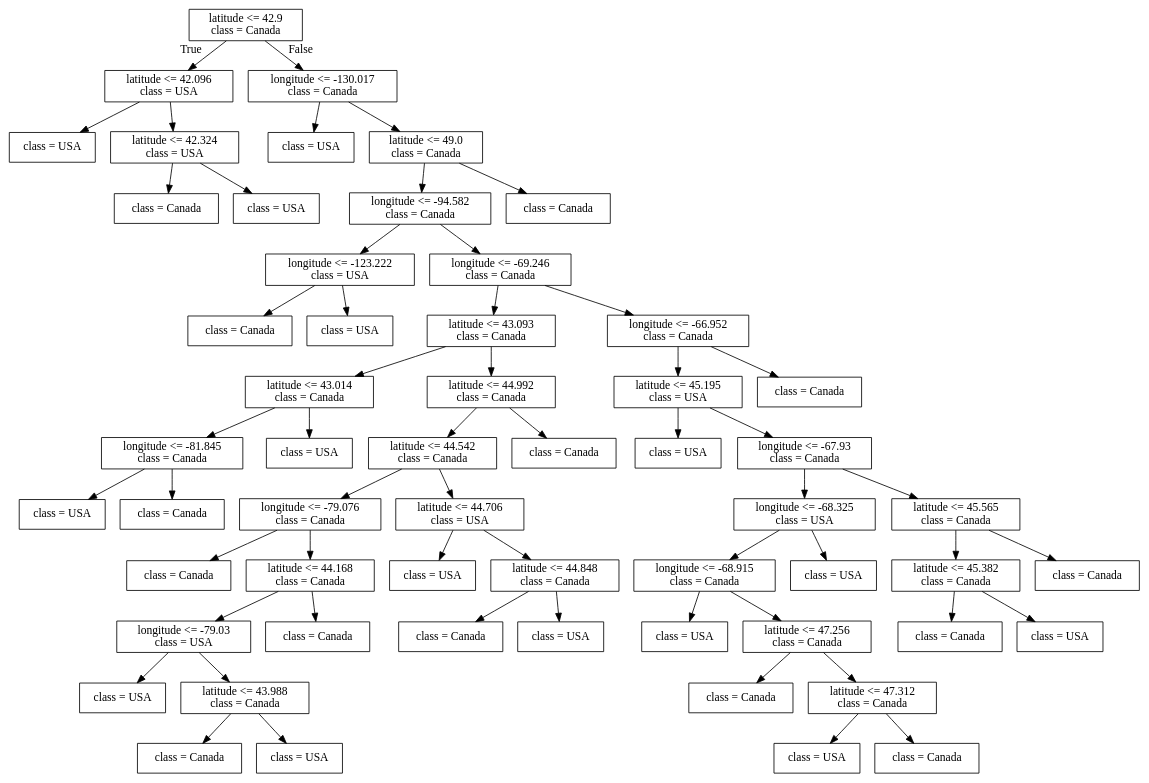
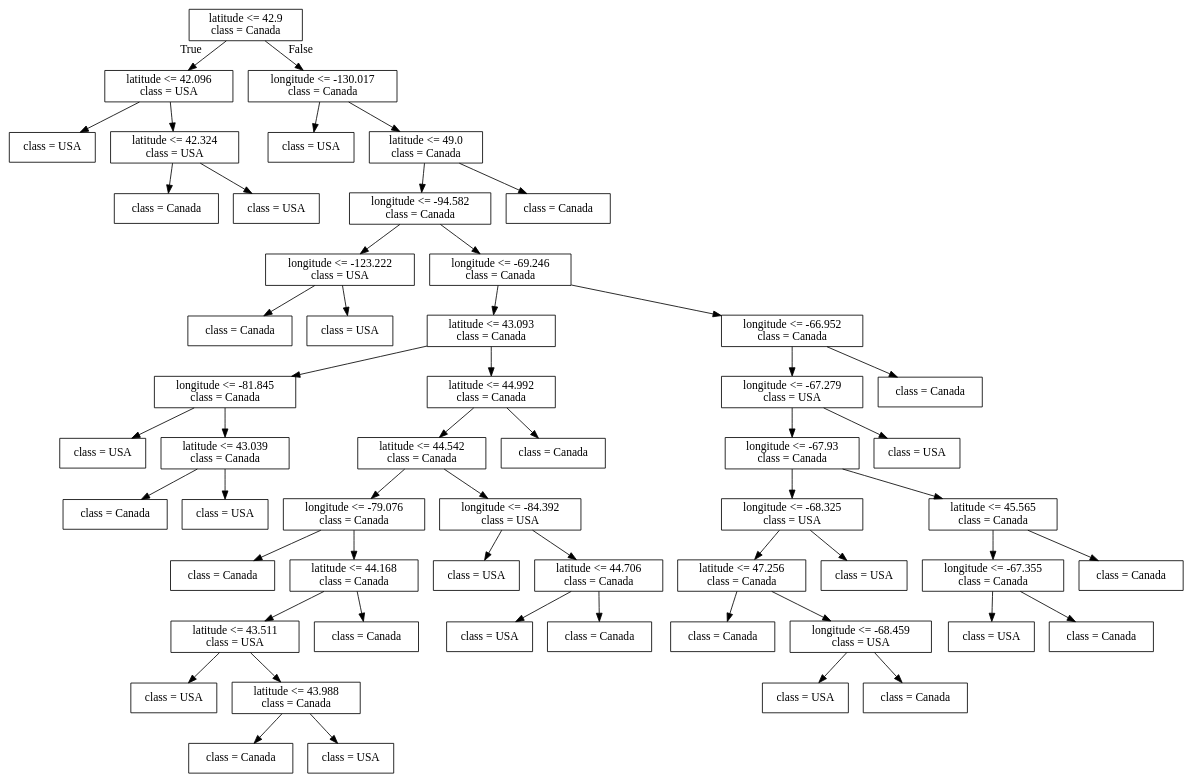
The diagram in lectures/Source.gv (bait509-ubc/BAIT509), drawn with Graphviz before and after one commit. The commit also changed 41 other files, not shown here.

```diff
--- a/lectures/Source.gv
+++ b/lectures/Source.gv
@@ -1,116 +1,112 @@
 digraph Tree {
 node [shape=box] ;
 0 [label="latitude <= 42.9\nclass = Canada"] ;
 1 [label="latitude <= 42.096\nclass = USA"] ;
 0 -> 1 [labeldistance=2.5, labelangle=45, headlabel="True"] ;
 2 [label="class = USA"] ;
 1 -> 2 ;
 3 [label="latitude <= 42.324\nclass = USA"] ;
 1 -> 3 ;
 4 [label="class = Canada"] ;
 3 -> 4 ;
 5 [label="class = USA"] ;
 3 -> 5 ;
 6 [label="longitude <= -130.017\nclass = Canada"] ;
 0 -> 6 [labeldistance=2.5, labelangle=-45, headlabel="False"] ;
 7 [label="class = USA"] ;
 6 -> 7 ;
 8 [label="latitude <= 49.0\nclass = Canada"] ;
 6 -> 8 ;
 9 [label="longitude <= -94.582\nclass = Canada"] ;
 8 -> 9 ;
 10 [label="longitude <= -123.222\nclass = USA"] ;
 9 -> 10 ;
 11 [label="class = Canada"] ;
 10 -> 11 ;
 12 [label="class = USA"] ;
 10 -> 12 ;
 13 [label="longitude <= -69.246\nclass = Canada"] ;
 9 -> 13 ;
 14 [label="latitude <= 43.093\nclass = Canada"] ;
 13 -> 14 ;
-15 [label="latitude <= 43.014\nclass = Canada"] ;
+15 [label="longitude <= -81.845\nclass = Canada"] ;
 14 -> 15 ;
-16 [label="longitude <= -81.845\nclass = Canada"] ;
+16 [label="class = USA"] ;
 15 -> 16 ;
-17 [label="class = USA"] ;
-16 -> 17 ;
+17 [label="latitude <= 43.039\nclass = Canada"] ;
+15 -> 17 ;
 18 [label="class = Canada"] ;
-16 -> 18 ;
+17 -> 18 ;
 19 [label="class = USA"] ;
-15 -> 19 ;
+17 -> 19 ;
 20 [label="latitude <= 44.992\nclass = Canada"] ;
 14 -> 20 ;
 21 [label="latitude <= 44.542\nclass = Canada"] ;
 20 -> 21 ;
 22 [label="longitude <= -79.076\nclass = Canada"] ;
 21 -> 22 ;
 23 [label="class = Canada"] ;
 22 -> 23 ;
 24 [label="latitude <= 44.168\nclass = Canada"] ;
 22 -> 24 ;
-25 [label="longitude <= -79.03\nclass = USA"] ;
+25 [label="latitude <= 43.511\nclass = USA"] ;
 24 -> 25 ;
 26 [label="class = USA"] ;
 25 -> 26 ;
 27 [label="latitude <= 43.988\nclass = Canada"] ;
 25 -> 27 ;
 28 [label="class = Canada"] ;
 27 -> 28 ;
 29 [label="class = USA"] ;
 27 -> 29 ;
 30 [label="class = Canada"] ;
 24 -> 30 ;
-31 [label="latitude <= 44.706\nclass = USA"] ;
+31 [label="longitude <= -84.392\nclass = USA"] ;
 21 -> 31 ;
 32 [label="class = USA"] ;
 31 -> 32 ;
-33 [label="latitude <= 44.848\nclass = Canada"] ;
+33 [label="latitude <= 44.706\nclass = Canada"] ;
 31 -> 33 ;
-34 [label="class = Canada"] ;
+34 [label="class = USA"] ;
 33 -> 34 ;
-35 [label="class = USA"] ;
+35 [label="class = Canada"] ;
 33 -> 35 ;
 36 [label="class = Canada"] ;
 20 -> 36 ;
 37 [label="longitude <= -66.952\nclass = Canada"] ;
 13 -> 37 ;
-38 [label="latitude <= 45.195\nclass = USA"] ;
+38 [label="longitude <= -67.279\nclass = USA"] ;
 37 -> 38 ;
-39 [label="class = USA"] ;
+39 [label="longitude <= -67.93\nclass = Canada"] ;
 38 -> 39 ;
-40 [label="longitude <= -67.93\nclass = Canada"] ;
-38 -> 40 ;
-41 [label="longitude <= -68.325\nclass = USA"] ;
+40 [label="longitude <= -68.325\nclass = USA"] ;
+39 -> 40 ;
+41 [label="latitude <= 47.256\nclass = Canada"] ;
 40 -> 41 ;
-42 [label="longitude <= -68.915\nclass = Canada"] ;
+42 [label="class = Canada"] ;
 41 -> 42 ;
-43 [label="class = USA"] ;
-42 -> 43 ;
-44 [label="latitude <= 47.256\nclass = Canada"] ;
-42 -> 44 ;
+43 [label="longitude <= -68.459\nclass = USA"] ;
+41 -> 43 ;
+44 [label="class = USA"] ;
+43 -> 44 ;
 45 [label="class = Canada"] ;
-44 -> 45 ;
-46 [label="latitude <= 47.312\nclass = Canada"] ;
-44 -> 46 ;
-47 [label="class = USA"] ;
-46 -> 47 ;
-48 [label="class = Canada"] ;
-46 -> 48 ;
+43 -> 45 ;
+46 [label="class = USA"] ;
+40 -> 46 ;
+47 [label="latitude <= 45.565\nclass = Canada"] ;
+39 -> 47 ;
+48 [label="longitude <= -67.355\nclass = Canada"] ;
+47 -> 48 ;
 49 [label="class = USA"] ;
-41 -> 49 ;
-50 [label="latitude <= 45.565\nclass = Canada"] ;
-40 -> 50 ;
-51 [label="latitude <= 45.382\nclass = Canada"] ;
-50 -> 51 ;
-52 [label="class = Canada"] ;
-51 -> 52 ;
-53 [label="class = USA"] ;
-51 -> 53 ;
+48 -> 49 ;
+50 [label="class = Canada"] ;
+48 -> 50 ;
+51 [label="class = Canada"] ;
+47 -> 51 ;
+52 [label="class = USA"] ;
+38 -> 52 ;
+53 [label="class = Canada"] ;
+37 -> 53 ;
 54 [label="class = Canada"] ;
-50 -> 54 ;
-55 [label="class = Canada"] ;
-37 -> 55 ;
-56 [label="class = Canada"] ;
-8 -> 56 ;
+8 -> 54 ;
 }
```
